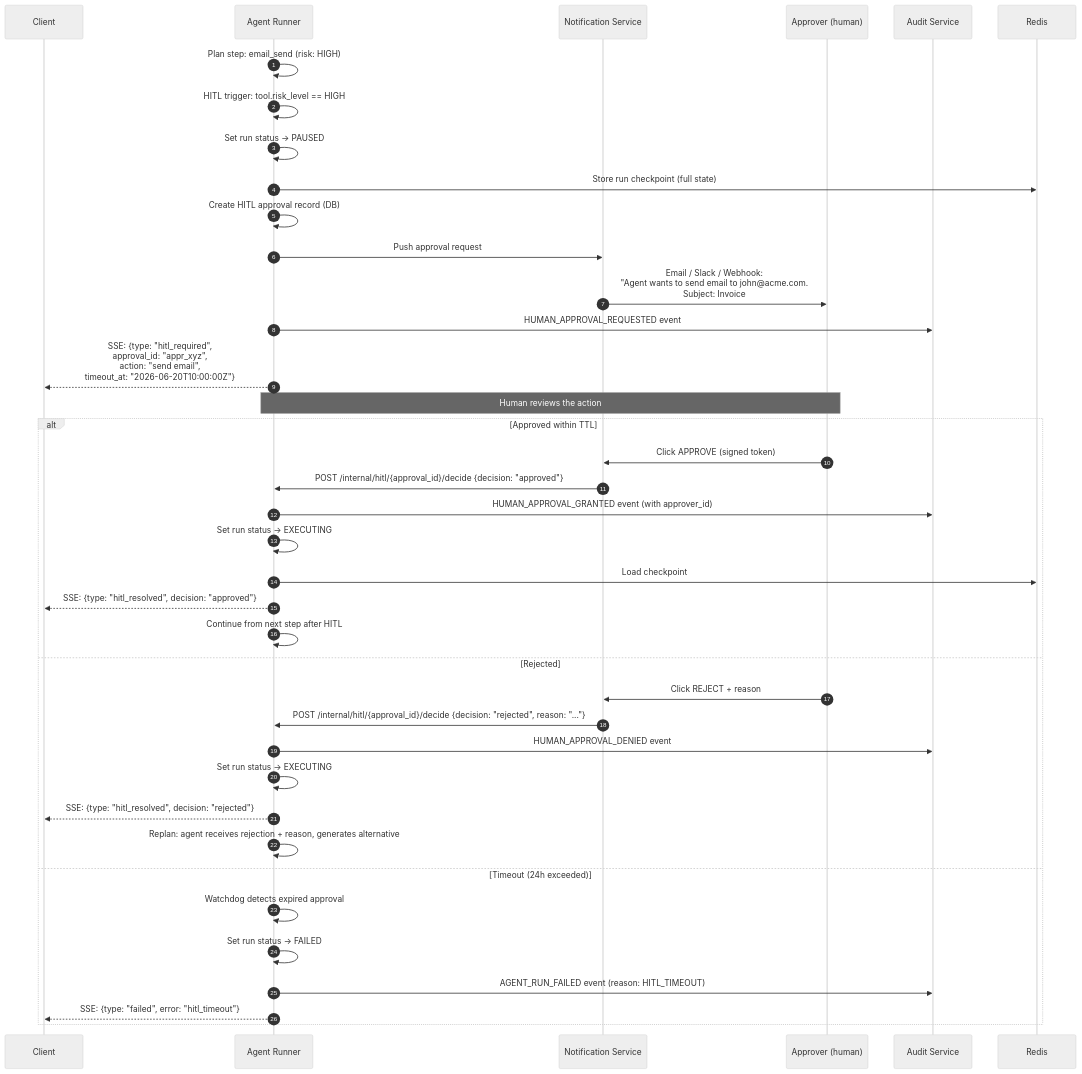
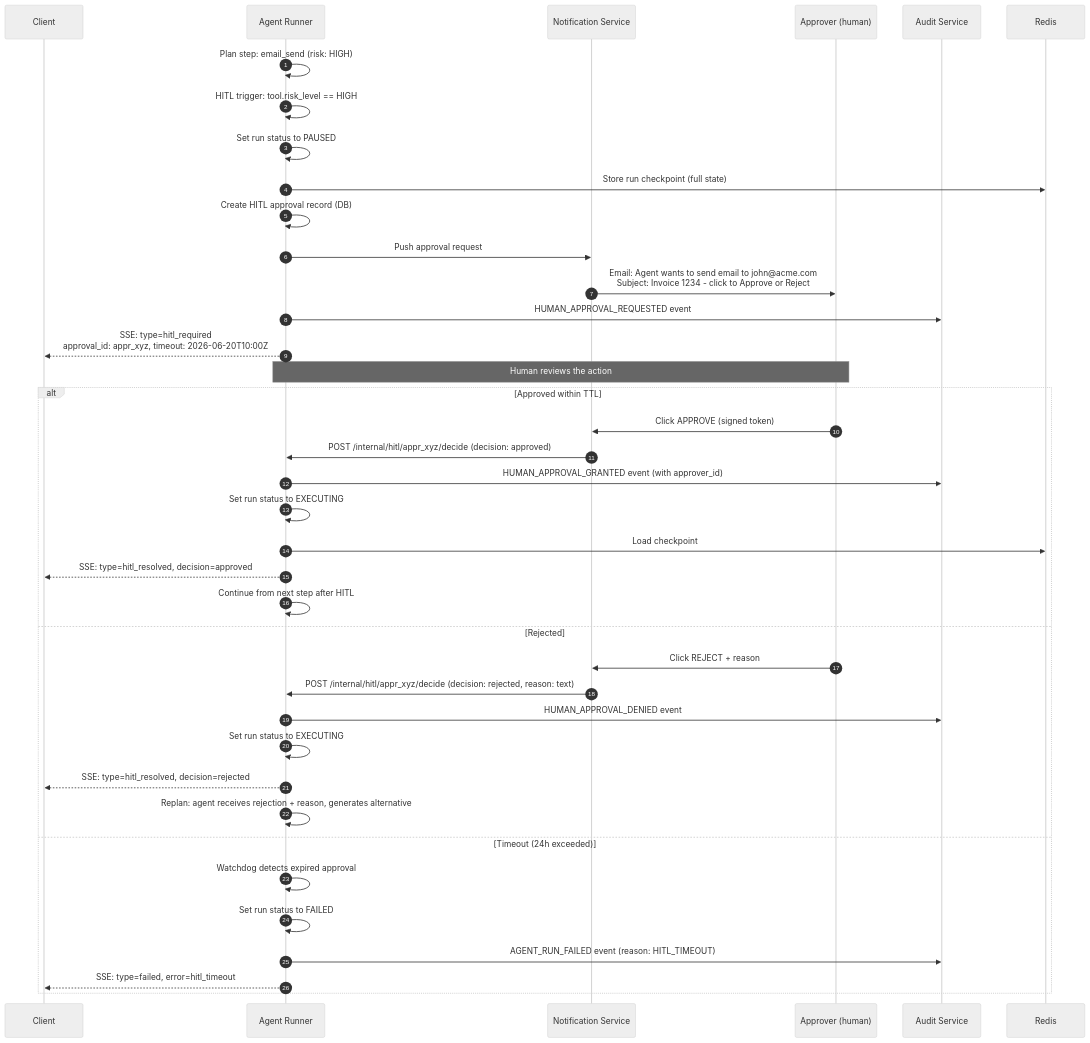
Before and after one commit to GVijay456/Test: the fourth of 18 diagrams in SEQUENCE_DIAGRAMS.md, drawn with Mermaid (neutral theme). The commit also changed other lines of this file and 1 other file, not shown here.

First line of the commit message:
Fix Mermaid sequence diagram rendering issues

````diff
--- a/SEQUENCE_DIAGRAMS.md
+++ b/SEQUENCE_DIAGRAMS.md
@@ -228,49 +228,49 @@
 ```mermaid
 sequenceDiagram
     autonumber
     participant C  as Client
     participant AR as Agent Runner
     participant NS as Notification Service
     participant AP as Approver (human)
     participant AU as Audit Service
     participant RD as Redis
 
     AR->>AR: Plan step: email_send (risk: HIGH)
     AR->>AR: HITL trigger: tool.risk_level == HIGH
 
-    AR->>AR: Set run status → PAUSED
+    AR->>AR: Set run status to PAUSED
     AR->>RD: Store run checkpoint (full state)
     AR->>AR: Create HITL approval record (DB)
 
     AR->>NS: Push approval request
-    NS->>AP: Email / Slack / Webhook:<br/>"Agent wants to send email to john@acme.com.<br/>Subject: Invoice #1234<br/>[APPROVE] [REJECT]"
+    NS->>AP: Email: Agent wants to send email to john@acme.com<br/>Subject: Invoice 1234 - click to Approve or Reject
     AR->>AU: HUMAN_APPROVAL_REQUESTED event
 
-    AR-->>C: SSE: {type: "hitl_required",<br/>approval_id: "appr_xyz",<br/>action: "send email",<br/>timeout_at: "2026-06-20T10:00:00Z"}
+    AR-->>C: SSE: type=hitl_required<br/>approval_id: appr_xyz, timeout: 2026-06-20T10:00Z
 
     Note over AP,AR: Human reviews the action
 
     alt Approved within TTL
         AP->>NS: Click APPROVE (signed token)
-        NS->>AR: POST /internal/hitl/{approval_id}/decide {decision: "approved"}
+        NS->>AR: POST /internal/hitl/appr_xyz/decide (decision: approved)
         AR->>AU: HUMAN_APPROVAL_GRANTED event (with approver_id)
-        AR->>AR: Set run status → EXECUTING
+        AR->>AR: Set run status to EXECUTING
         AR->>RD: Load checkpoint
-        AR-->>C: SSE: {type: "hitl_resolved", decision: "approved"}
+        AR-->>C: SSE: type=hitl_resolved, decision=approved
         AR->>AR: Continue from next step after HITL
 
     else Rejected
         AP->>NS: Click REJECT + reason
-        NS->>AR: POST /internal/hitl/{approval_id}/decide {decision: "rejected", reason: "..."}
+        NS->>AR: POST /internal/hitl/appr_xyz/decide (decision: rejected, reason: text)
         AR->>AU: HUMAN_APPROVAL_DENIED event
-        AR->>AR: Set run status → EXECUTING
-        AR-->>C: SSE: {type: "hitl_resolved", decision: "rejected"}
+        AR->>AR: Set run status to EXECUTING
+        AR-->>C: SSE: type=hitl_resolved, decision=rejected
         AR->>AR: Replan: agent receives rejection + reason, generates alternative
 
     else Timeout (24h exceeded)
         AR->>AR: Watchdog detects expired approval
-        AR->>AR: Set run status → FAILED
+        AR->>AR: Set run status to FAILED
         AR->>AU: AGENT_RUN_FAILED event (reason: HITL_TIMEOUT)
-        AR-->>C: SSE: {type: "failed", error: "hitl_timeout"}
+        AR-->>C: SSE: type=failed, error=hitl_timeout
     end
 ```
````
